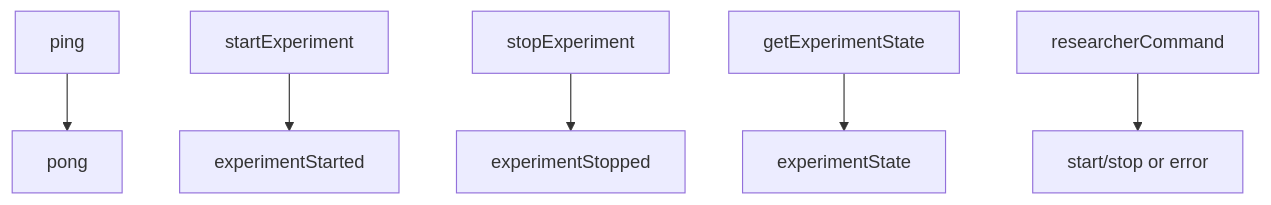
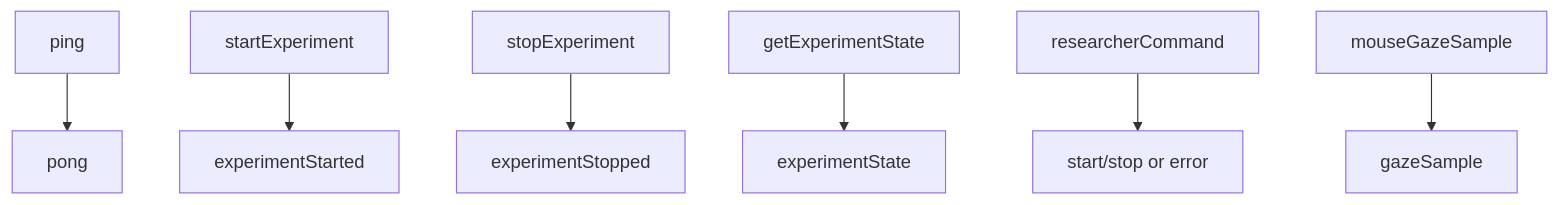
The first of 3 diagrams in DocsSite/app/integration/frontend-client-guide/page.mdx (MrSachin7/reading-the-reader-monorepo), drawn with Mermaid before and after one commit. The commit also changed other lines of this file and 5 other files, not shown here.

Commit message:
feat: add mouse mode support for demos and local development, including input mode settings and synthetic gaze sample handling

````diff
--- a/DocsSite/app/integration/frontend-client-guide/page.mdx
+++ b/DocsSite/app/integration/frontend-client-guide/page.mdx
@@ -188,8 +256,9 @@
 ```mermaid
 flowchart TD
     A[ping] --> B[pong]
     C[startExperiment] --> D[experimentStarted]
     E[stopExperiment] --> F[experimentStopped]
     G[getExperimentState] --> H[experimentState]
     I[researcherCommand] --> J[start/stop or error]
+    K[mouseGazeSample] --> L[gazeSample]
 ```
````
